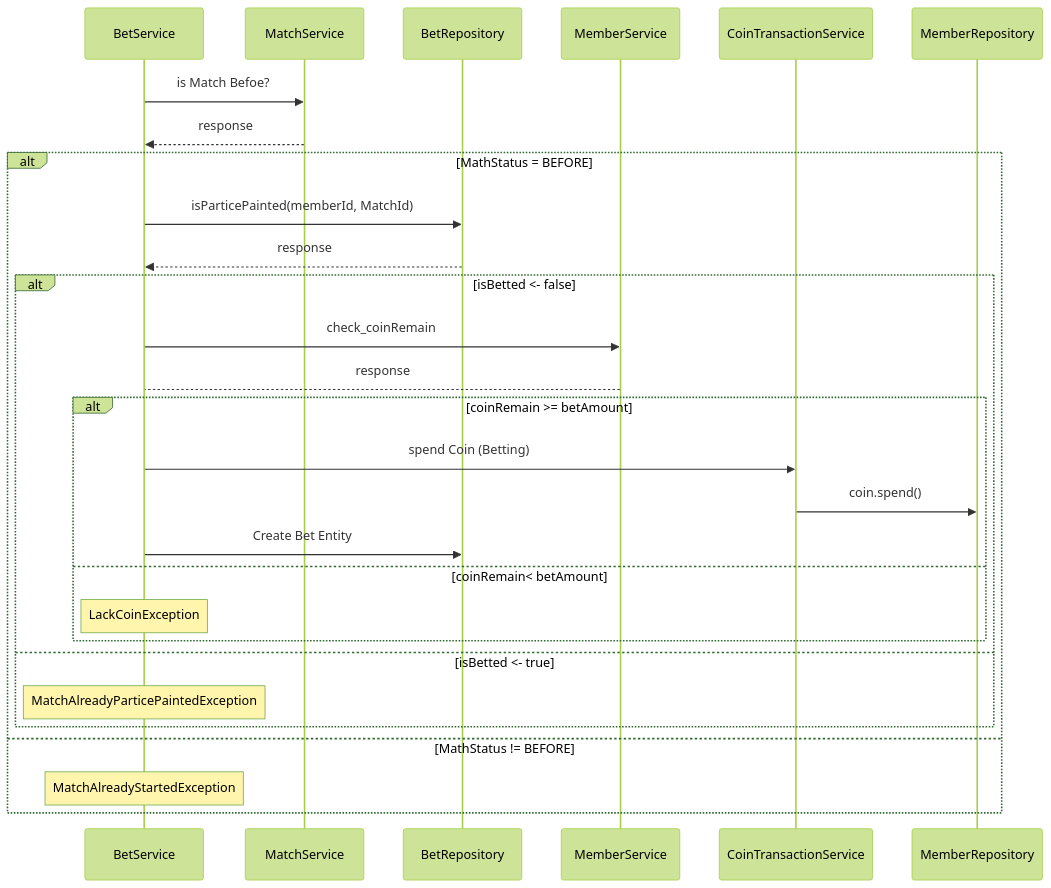
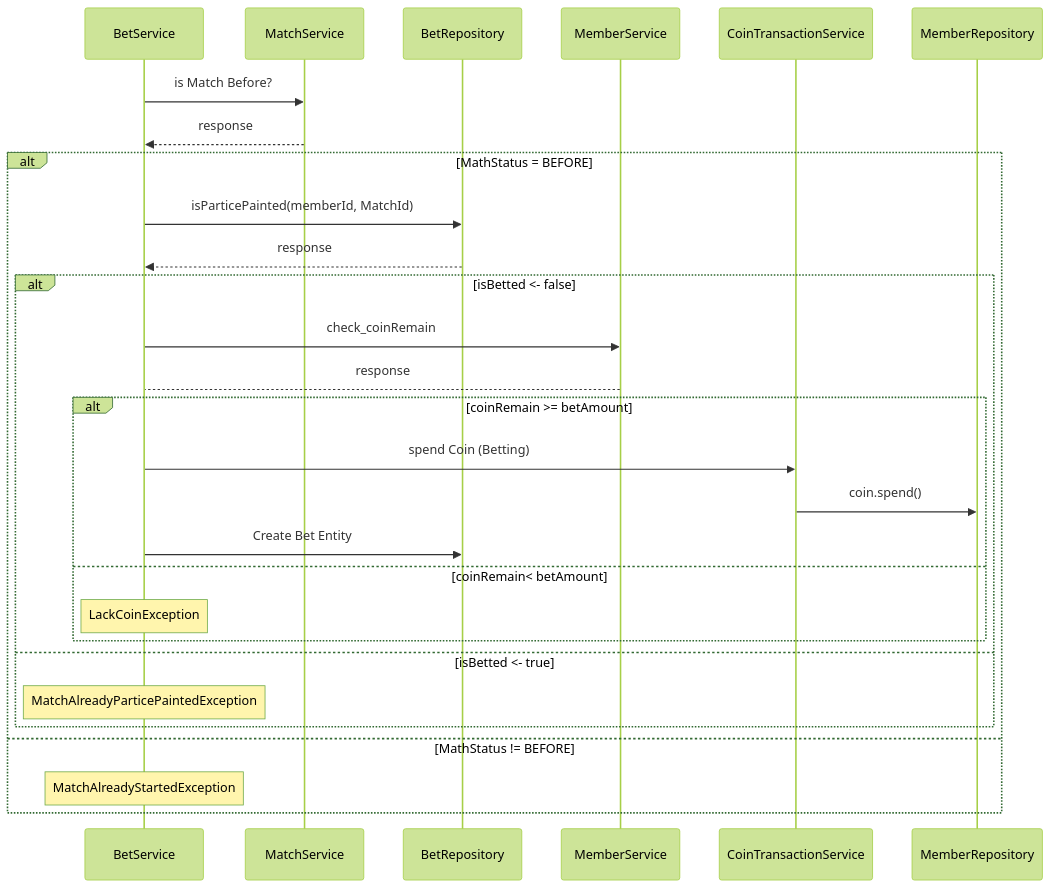
The fifth of 6 diagrams in README.md (Honn5707/MlbBroadcast), drawn with Mermaid (forest theme) before and after one commit. The commit also changed 44 other files, not shown here.

````diff
--- a/README.md
+++ b/README.md
@@ -313,30 +313,30 @@
 ``` mermaid
 sequenceDiagram
     
 
-    BetService ->> MatchService : is Match Befoe?
+    BetService ->> MatchService : is Match Before?
     MatchService -->> BetService : response
     alt MathStatus = BEFORE
     BetService ->> BetRepository : isParticePainted(memberId, MatchId)
     BetRepository -->> BetService : response
     alt isBetted <- false
     BetService ->> MemberService : check_coinRemain
     MemberService --> BetService : response
     alt coinRemain >= betAmount
     
     BetService ->> CoinTransactionService : spend Coin (Betting)
     CoinTransactionService ->> MemberRepository: coin.spend()
     BetService ->> BetRepository : Create Bet Entity
     else coinRemain< betAmount
     Note over BetService: LackCoinException
     end
     else isBetted <- true
     Note over BetService: MatchAlreadyParticePaintedException
     end
     else MathStatus != BEFORE
     Note over BetService: MatchAlreadyStartedException
     end
     
     
     
 ```
````
